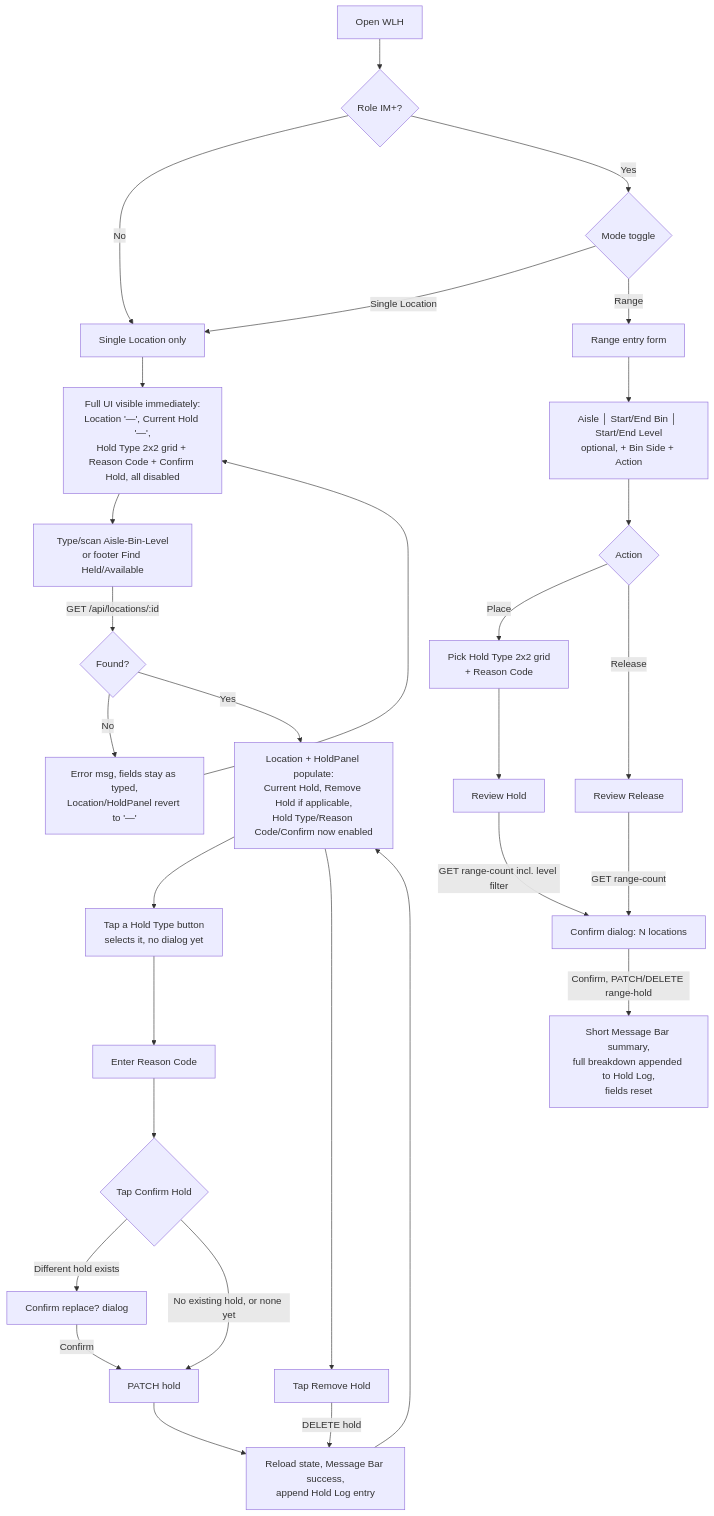
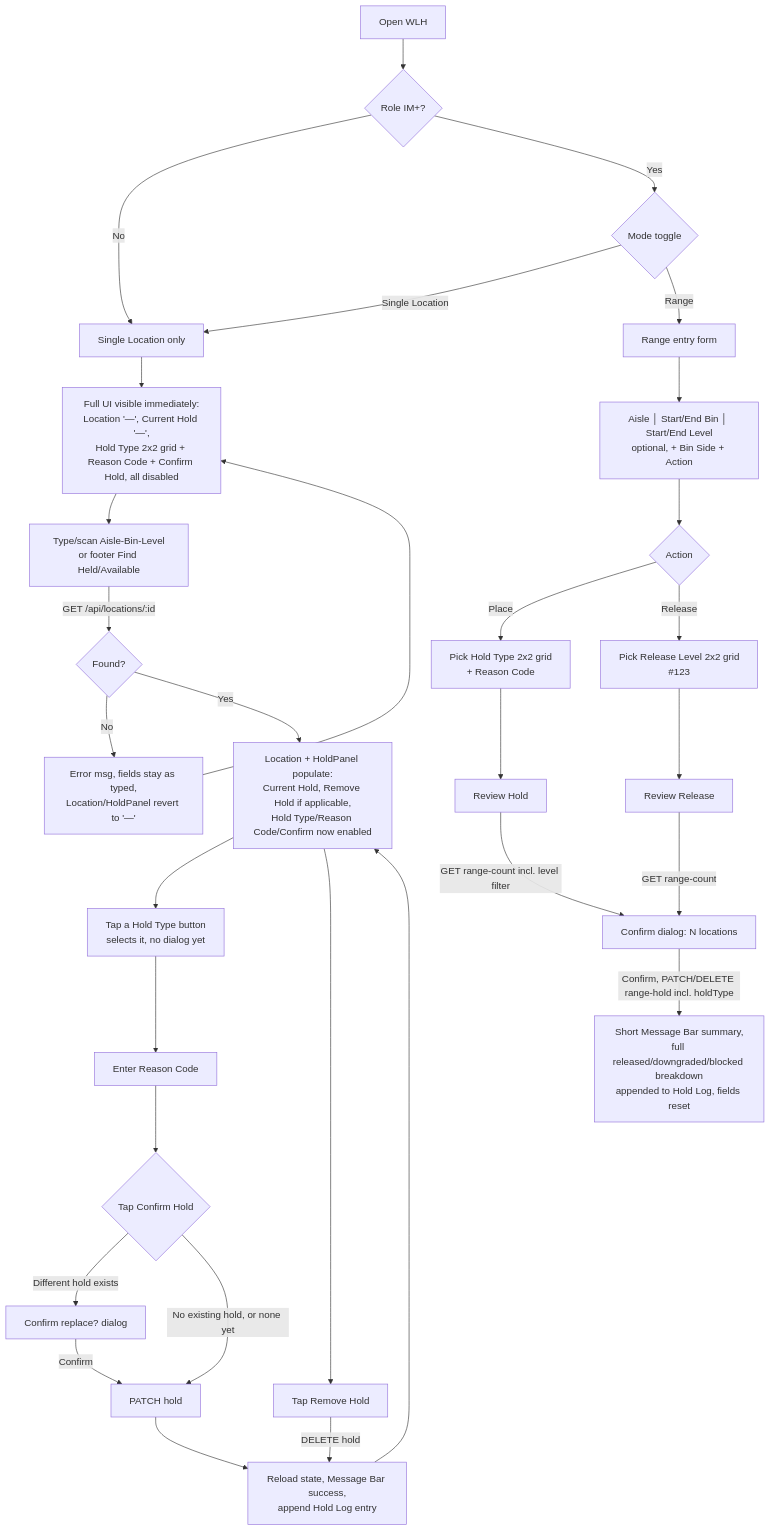
The diagram in Documentation/ScreenSpecs/WLH.md (BobbyJoeCool/PalletIQ), drawn with Mermaid before and after one commit. The commit also changed other lines of this file and 21 other files, not shown here.

````diff
--- a/Documentation/ScreenSpecs/WLH.md
+++ b/Documentation/ScreenSpecs/WLH.md
@@ -134,34 +143,35 @@
 ```mermaid
 flowchart TD
     A[Open WLH] --> B{Role IM+?}
     B -- No --> C[Single Location only]
     B -- Yes --> D{Mode toggle}
     D -- Single Location --> C
     D -- Range --> R1[Range entry form]
 
     C --> C0[Full UI visible immediately:<br/>Location '—', Current Hold '—',<br/>Hold Type 2x2 grid + Reason Code + Confirm Hold, all disabled]
     C0 --> C1[Type/scan Aisle-Bin-Level<br/>or footer Find Held/Available]
     C1 -->|GET /api/locations/:id| C2{Found?}
     C2 -- No --> C3[Error msg, fields stay as typed,<br/>Location/HoldPanel revert to '—']
     C3 --> C0
     C2 -- Yes --> C4[Location + HoldPanel populate:<br/>Current Hold, Remove Hold if applicable,<br/>Hold Type/Reason Code/Confirm now enabled]
     C4 --> C5[Tap a Hold Type button<br/>selects it, no dialog yet]
     C5 --> C6[Enter Reason Code]
     C6 --> C7{Tap Confirm Hold}
     C7 -- Different hold exists --> C8[Confirm replace? dialog]
     C8 -- Confirm --> C9
     C7 -- No existing hold, or none yet --> C9[PATCH hold]
     C9 --> C10[Reload state, Message Bar success,<br/>append Hold Log entry]
     C10 --> C4
     C4 --> C11[Tap Remove Hold]
     C11 -->|DELETE hold| C10
 
     R1 --> R2[Aisle │ Start/End Bin │ Start/End Level<br/>optional, + Bin Side + Action]
     R2 --> R3{Action}
     R3 -- Place --> R4[Pick Hold Type 2x2 grid<br/>+ Reason Code]
-    R3 -- Release --> R5[Review Release]
+    R3 -- Release --> R5[Pick Release Level 2x2 grid<br/>#123]
     R4 --> R5b[Review Hold]
+    R5 --> R5c[Review Release]
     R5b -->|GET range-count incl. level filter| R6[Confirm dialog: N locations]
-    R5 -->|GET range-count| R6
-    R6 -->|Confirm, PATCH/DELETE range-hold| R7[Short Message Bar summary,<br/>full breakdown appended to Hold Log,<br/>fields reset]
+    R5c -->|GET range-count| R6
+    R6 -->|Confirm, PATCH/DELETE range-hold incl. holdType| R7[Short Message Bar summary,<br/>full released/downgraded/blocked breakdown<br/>appended to Hold Log, fields reset]
 ```
````
